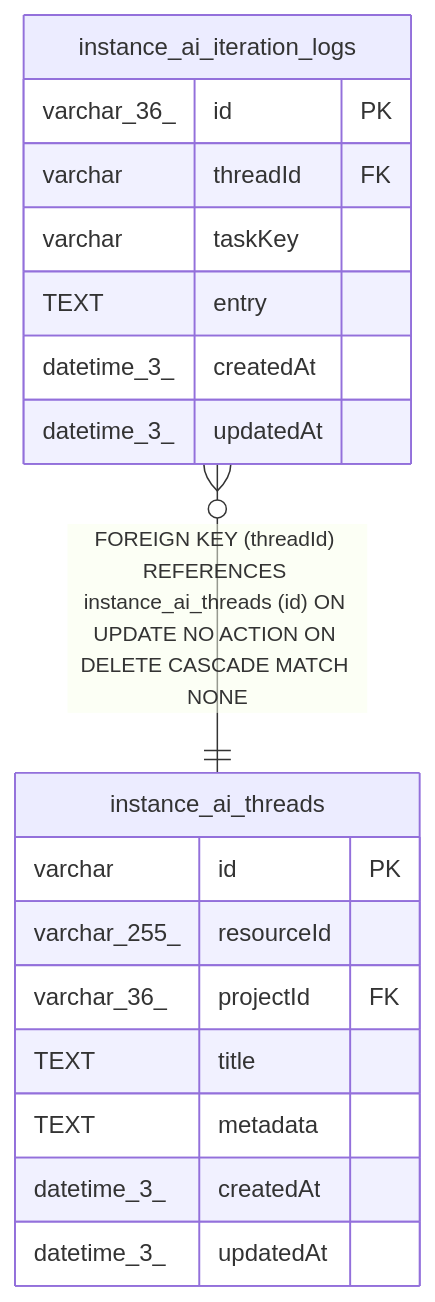
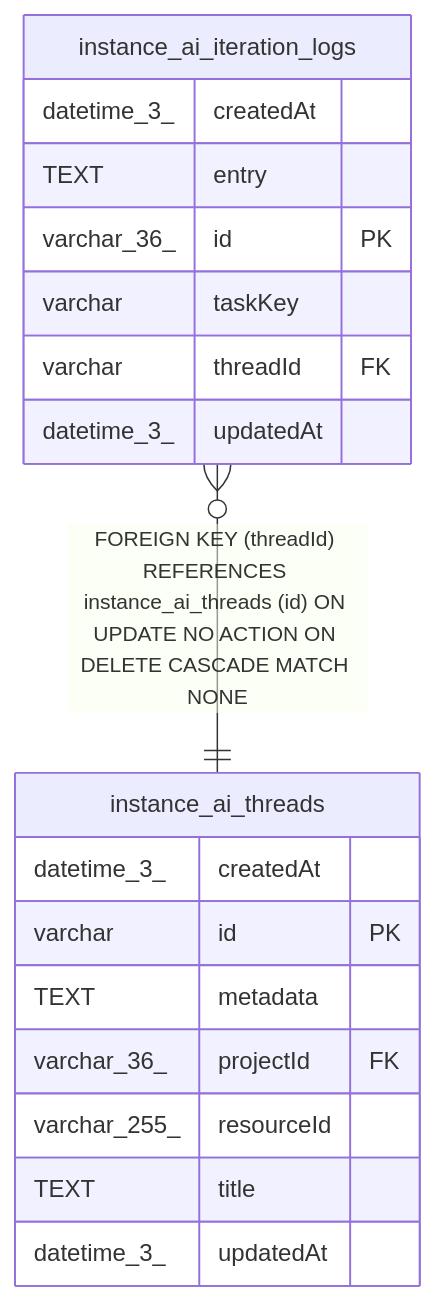
Before and after one commit to mayankjain1815-commits/n8n: the diagram in docs/generated/sqlite-schema/instance_ai_iteration_logs.md, drawn with Mermaid. The commit also changed other lines of this file and 221 other files, not shown here.

Commit message:
chore(core): Make DB schema docs generation deterministic (#32373)

````diff
--- a/docs/generated/sqlite-schema/instance_ai_iteration_logs.md
+++ b/docs/generated/sqlite-schema/instance_ai_iteration_logs.md
@@ -42,23 +42,23 @@
 ```mermaid
 erDiagram
 
 "instance_ai_iteration_logs" }o--|| "instance_ai_threads" : "FOREIGN KEY (threadId) REFERENCES instance_ai_threads (id) ON UPDATE NO ACTION ON DELETE CASCADE MATCH NONE"
 
 "instance_ai_iteration_logs" {
+  datetime_3_ createdAt
+  TEXT entry
   varchar_36_ id PK
+  varchar taskKey
   varchar threadId FK
-  varchar taskKey
-  TEXT entry
-  datetime_3_ createdAt
   datetime_3_ updatedAt
 }
 "instance_ai_threads" {
+  datetime_3_ createdAt
   varchar id PK
+  TEXT metadata
+  varchar_36_ projectId FK
   varchar_255_ resourceId
-  varchar_36_ projectId FK
   TEXT title
-  TEXT metadata
-  datetime_3_ createdAt
   datetime_3_ updatedAt
 }
 ```
````
